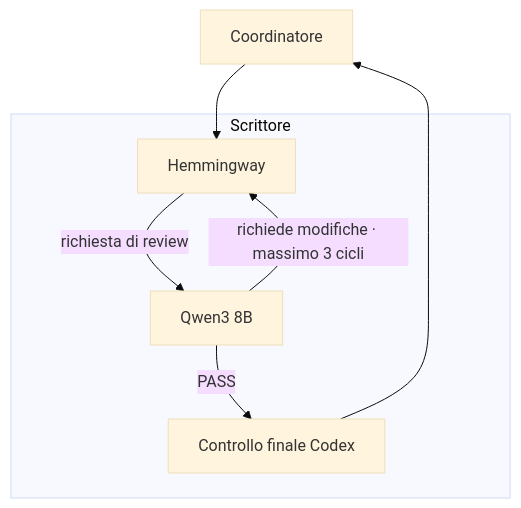
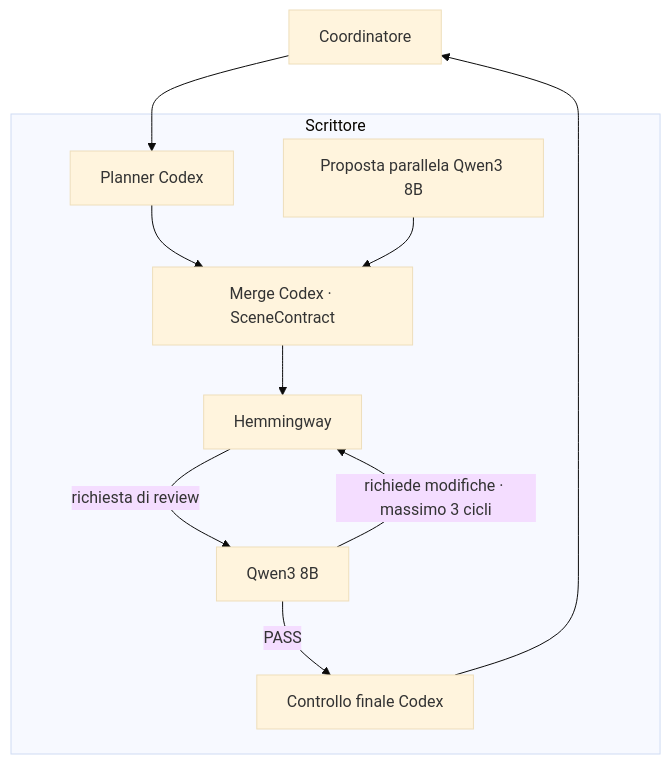
One commit to DRincs-Productions/LM-Studio changed the fourth of 10 diagrams in README.md. Above: the diagram before and after it, drawn with Mermaid (base theme). The commit also changed other lines of this file and 20 other files, not shown here.

````diff
--- a/README.md
+++ b/README.md
@@ -92,14 +92,20 @@
 ```mermaid
 flowchart TD
     C[Coordinatore]
     subgraph SCRITTORE[Scrittore]
+        P[Planner Codex]
+        Q[Proposta parallela Qwen3 8B]
+        M[Merge Codex · SceneContract]
         W[Hemmingway]
         R[Qwen3 8B]
         X[Controllo finale Codex]
+        P --> M
+        Q --> M
+        M --> W
         W -->|richiesta di review| R
         R -->|richiede modifiche · massimo 3 cicli| W
         R -->|PASS| X
     end
-    C --> W
+    C --> P
     X --> C
 ```
````
